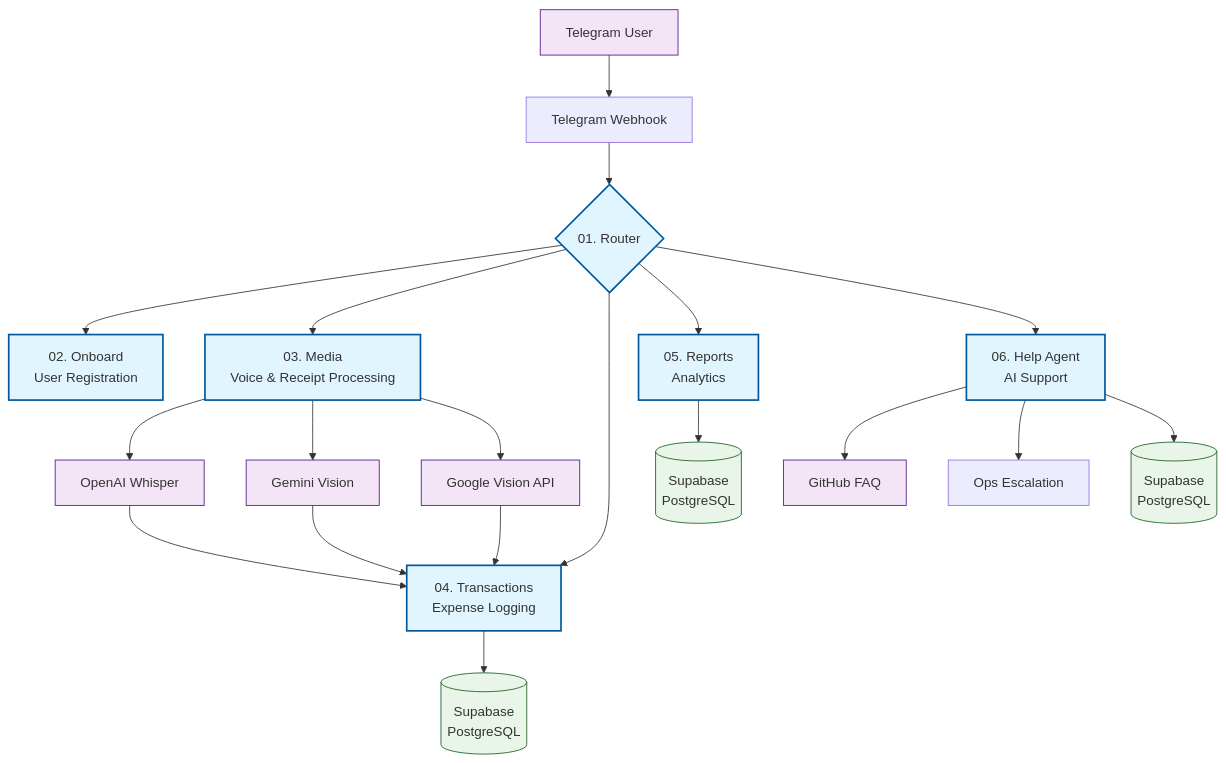
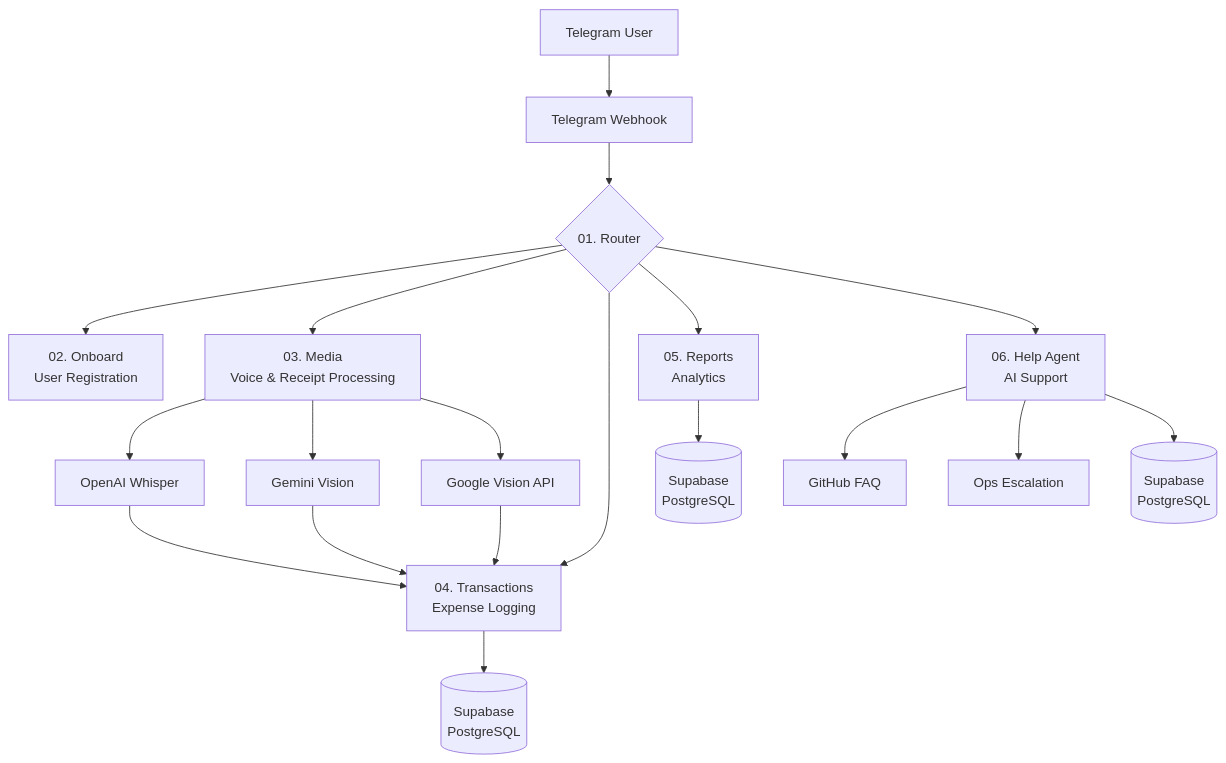
The diagram in README.md (m-telerik/low-code-expense-tracker), drawn with Mermaid before and after one commit. The commit also changed other lines of this file, not shown here.

````diff
--- a/README.md
+++ b/README.md
@@ -29,35 +27,35 @@
 ```mermaid
 flowchart TD
     Telegram[Telegram User] --> Webhook[Telegram Webhook]
     
     Webhook --> Router{01. Router}
     
-    Router --> Onboard[02. Onboard<br/>User Registration]
-    Router --> Media[03. Media<br/>Voice & Receipt Processing]
-    Router --> TXN[04. Transactions<br/>Expense Logging]
-    Router --> Report[05. Reports<br/>Analytics]
-    Router --> Help[06. Help Agent<br/>AI Support]
+    Router --> Onboard[02. Onboard
+    User Registration]
+    Router --> Media[03. Media
+    Voice & Receipt Processing]
+    Router --> TXN[04. Transactions
+    Expense Logging]
+    Router --> Report[05. Reports
+    Analytics]
+    Router --> Help[06. Help Agent
+    AI Support]
     
     Media --> Whisper[OpenAI Whisper]
     Media --> Gemini[Gemini Vision]
     Media --> GoogleVision[Google Vision API]
     
     Help --> GitHub[GitHub FAQ]
     Help --> Ops[Ops Escalation]
     
-    TXN --> DB1[(Supabase<br/>PostgreSQL)]
-    Report --> DB2[(Supabase<br/>PostgreSQL)]
-    Help --> DB3[(Supabase<br/>PostgreSQL)]
+    TXN --> DB1[(Supabase
+    PostgreSQL)]
+    Report --> DB2[(Supabase
+    PostgreSQL)]
+    Help --> DB3[(Supabase
+    PostgreSQL)]
     
     Whisper --> TXN
     Gemini --> TXN
     GoogleVision --> TXN
-    
-    classDef primary fill:#e1f5fe,stroke:#01579b,stroke-width:2px
-    classDef external fill:#f3e5f5,stroke:#4a148c
-    classDef data fill:#e8f5e8,stroke:#1b5e20
-    
-    class Router,Onboard,Media,TXN,Report,Help primary
-    class Telegram,Whisper,Gemini,GoogleVision,GitHub external
-    class DB1,DB2,DB3 data
 ```
````
